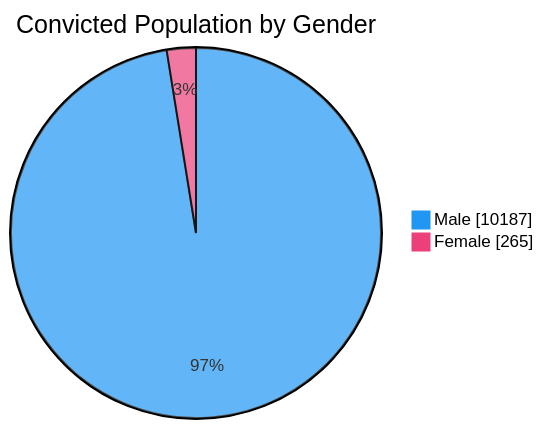
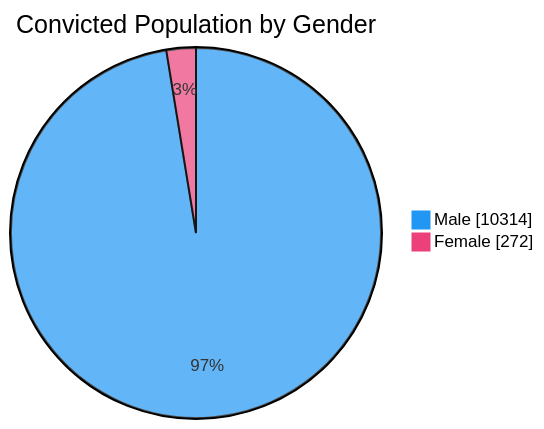
One commit to nuuuwan/lk_prisons changed the third of 7 diagrams in README.md. Above: the diagram before and after it, drawn with Mermaid. The commit also changed other lines of this file and 1 other file, not shown here.

````diff
--- a/README.md
+++ b/README.md
@@ -65,6 +65,6 @@
 ```mermaid
 %%{init: {'themeVariables': {'pie1': '#2196F3', 'pie2': '#EC407A'}}}%%
 pie showData title Convicted Population by Gender
-    "Male" : 10187
-    "Female" : 265
+    "Male" : 10314
+    "Female" : 272
 ```
````
